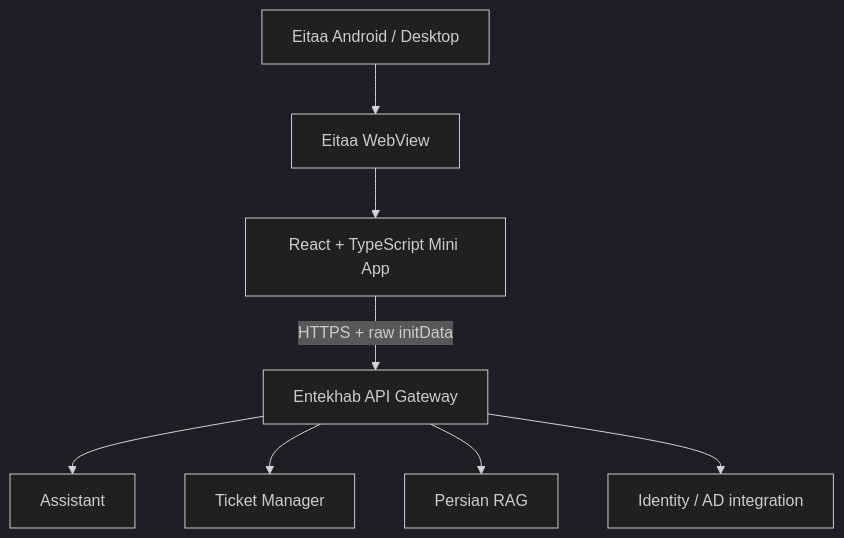
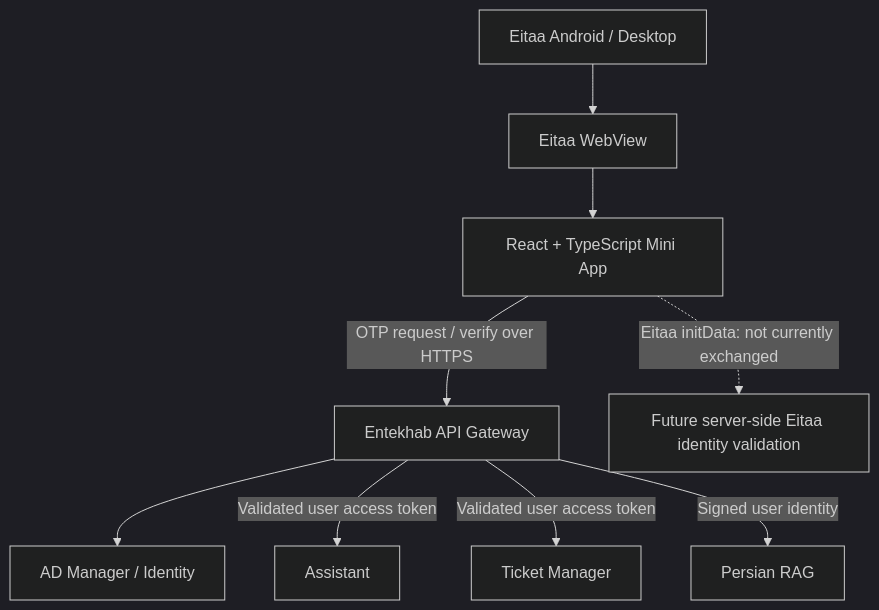
Before and after one commit to alishiri461/Entekhab-Eitaa-MiniApp: the diagram in docs/ARCHITECTURE.md, drawn with Mermaid (dark theme). The commit also changed other lines of this file, not shown here.

Commit message:
docs: align architecture with verified Gateway auth flow

````diff
--- a/docs/ARCHITECTURE.md
+++ b/docs/ARCHITECTURE.md
@@ -13,10 +14,11 @@
 ```mermaid
 flowchart TD
   E[Eitaa Android / Desktop] --> W[Eitaa WebView]
   W --> UI[React + TypeScript Mini App]
-  UI -->|HTTPS + raw initData| GW[Entekhab API Gateway]
-  GW --> AS[Assistant]
-  GW --> TK[Ticket Manager]
-  GW --> RAG[Persian RAG]
-  GW --> ID[Identity / AD integration]
+  UI -->|OTP request / verify over HTTPS| GW[Entekhab API Gateway]
+  GW --> ID[AD Manager / Identity]
+  GW -->|Validated user access token| AS[Assistant]
+  GW -->|Validated user access token| TK[Ticket Manager]
+  GW -->|Signed user identity| RAG[Persian RAG]
+  UI -.->|Eitaa initData: not currently exchanged| FUTURE[Future server-side Eitaa identity validation]
 ```
````
